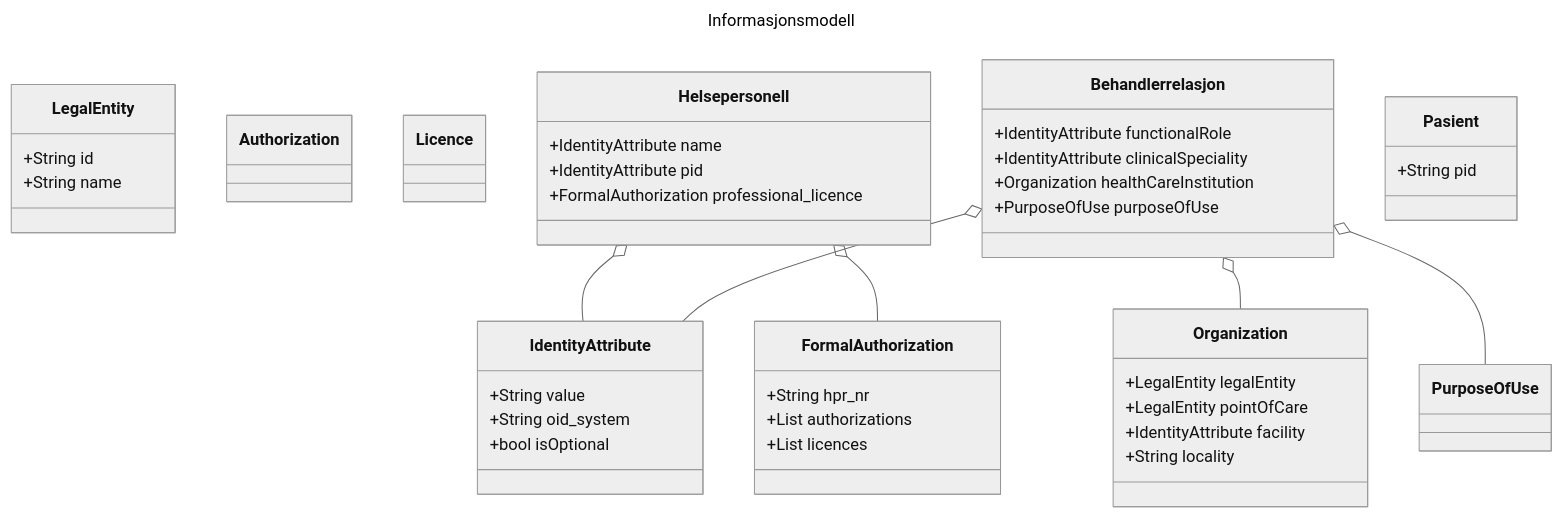
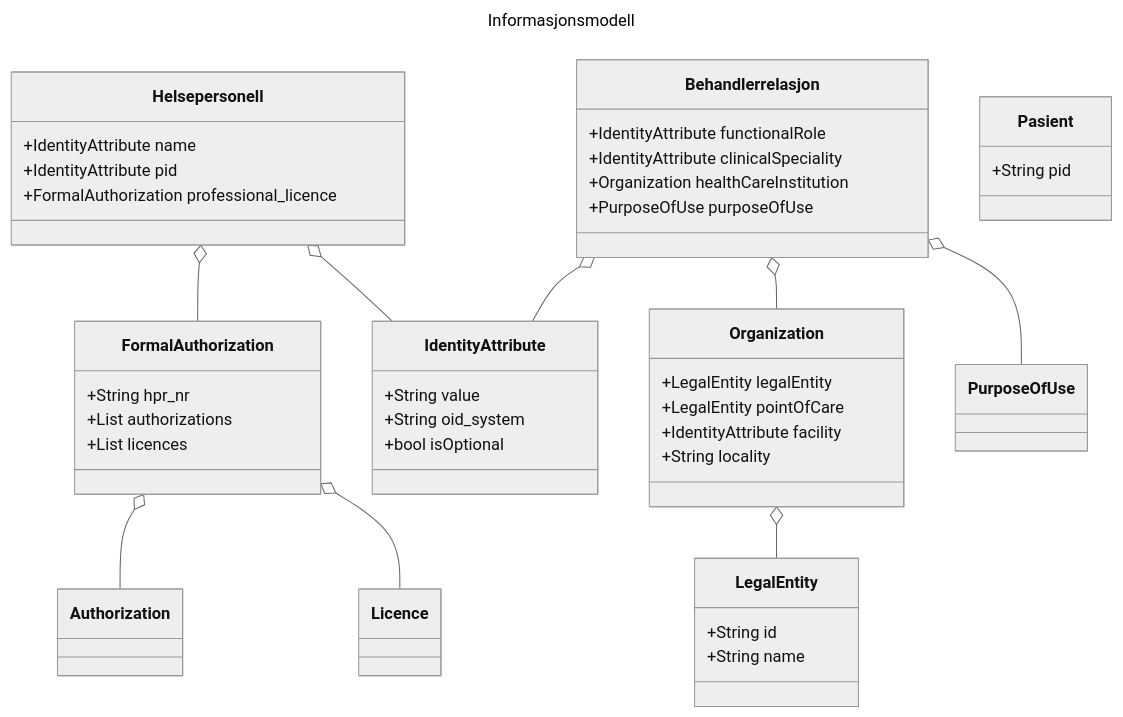
The second of 2 diagrams in specs/informasjons_og_datamodell.md (NorskHelsenett/Tillitsrammeverk), drawn with Mermaid (neutral theme) before and after one commit.

````diff
--- a/specs/informasjons_og_datamodell.md
+++ b/specs/informasjons_og_datamodell.md
@@ -177,57 +177,62 @@
 ```mermaid
 ---
 title: Informasjonsmodell
 ---
 classDiagram
+
+	Helsepersonell o-- FormalAuthorization
+	Helsepersonell o-- IdentityAttribute
+	Behandlerrelasjon o-- IdentityAttribute
+	Behandlerrelasjon o-- Organization
+	Behandlerrelasjon o-- PurposeOfUse
+	FormalAuthorization o-- Authorization
+	FormalAuthorization o-- Licence
+	Organization o-- LegalEntity
+
 	class IdentityAttribute{
 		+String value
 		+String oid_system
 		+bool isOptional		
 	}	
 	class LegalEntity{
 		+String id
 		+String name		
 	}
 	class Organization{
 		+LegalEntity legalEntity
 		+LegalEntity pointOfCare
 		+IdentityAttribute facility
 		+String locality
 	}
 	class Authorization{
 	}
 	
 	class Licence{
 	}
 	
 	class FormalAuthorization{
 		+String hpr_nr
 		+List<Authorization> authorizations
 		+List<Licence> licences
 	}
 	
 	class Helsepersonell{
 		+IdentityAttribute name
 		+IdentityAttribute pid
 		+FormalAuthorization professional_licence
 	}
 		
 	class Behandlerrelasjon{
 		+IdentityAttribute functionalRole
 		+IdentityAttribute clinicalSpeciality
 		+Organization healthCareInstitution
 		+PurposeOfUse purposeOfUse
 	}
 	
 	class Pasient{
 		+String pid
 	}
 	
-	Helsepersonell o-- IdentityAttribute
-	Helsepersonell o-- FormalAuthorization
-	Behandlerrelasjon o-- IdentityAttribute
-	Behandlerrelasjon o-- Organization
-	Behandlerrelasjon o-- PurposeOfUse
 	
 	
 ```
````
